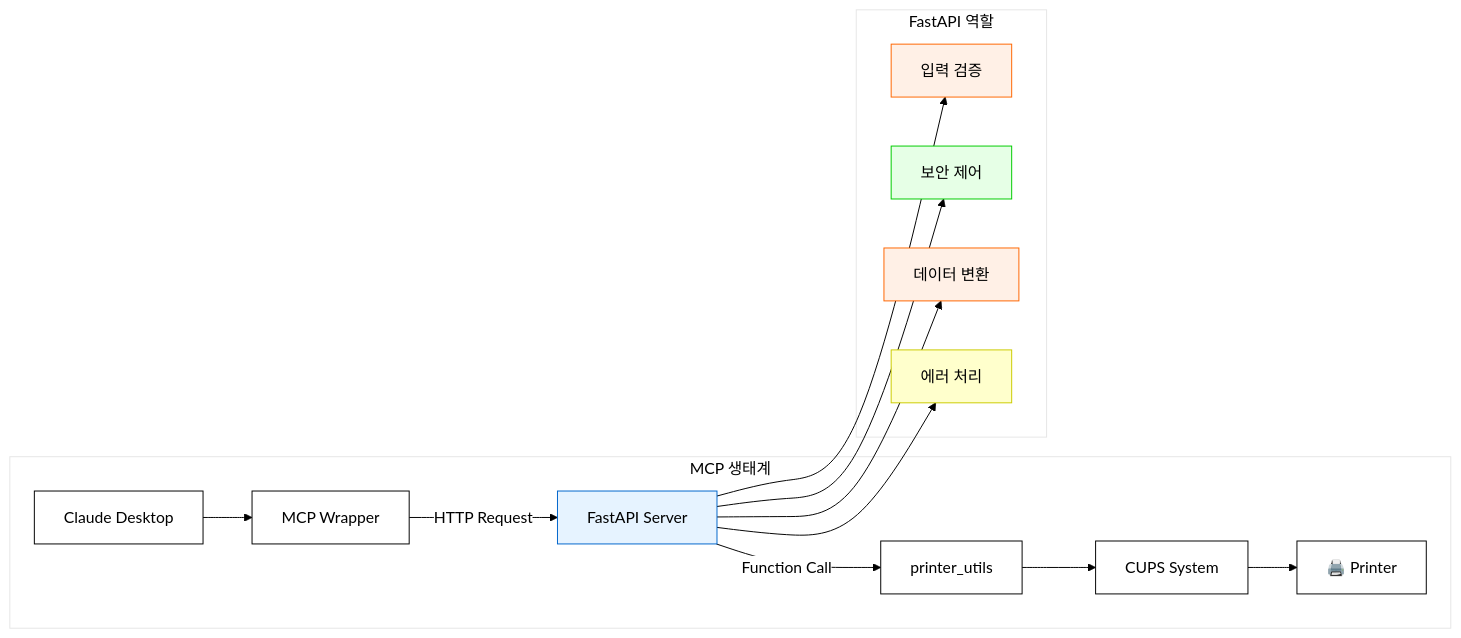
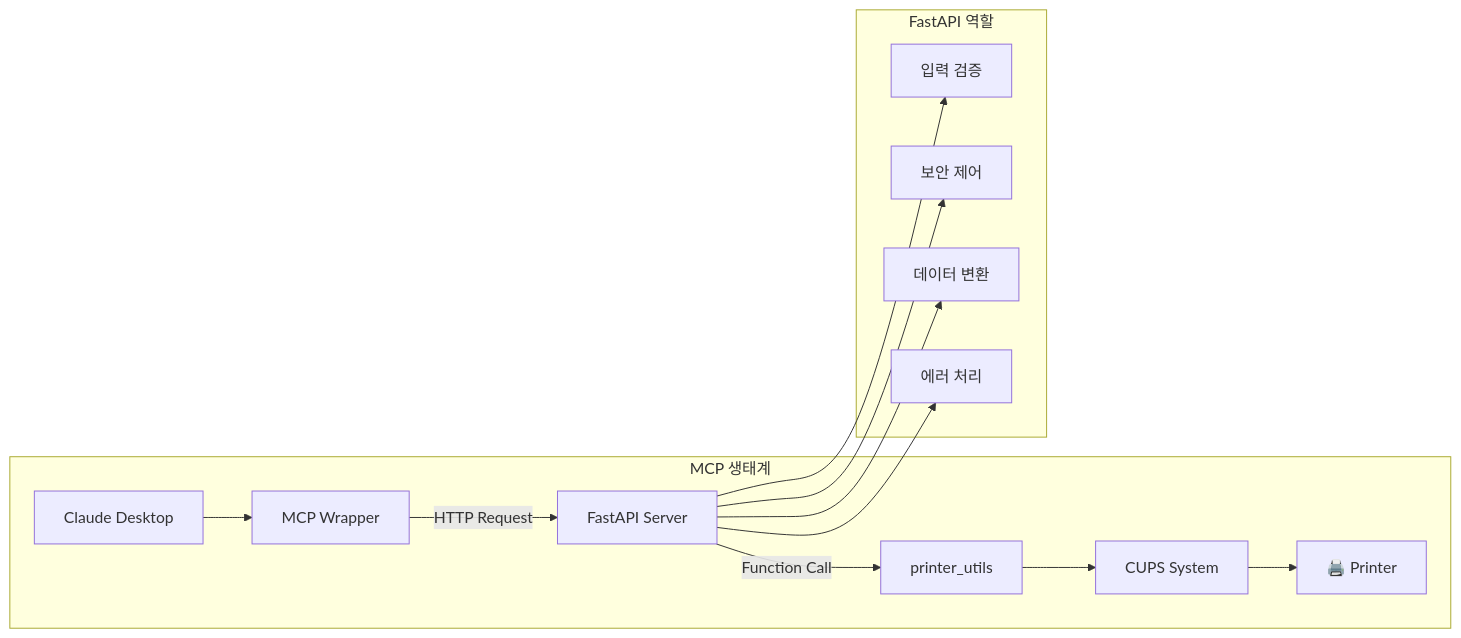
Before and after one commit to nicewook/receipt-printer: the fourth of 4 diagrams in docs/fastapi-server-analysis.md, drawn with Mermaid. The commit also changed other lines of this file and 5 other files, not shown here.

First line of the commit message:
Fix documentation portal Mermaid rendering and clean up markdown files

````diff
--- a/docs/fastapi-server-analysis.md
+++ b/docs/fastapi-server-analysis.md
@@ -626,32 +580,18 @@
 ```mermaid
-%%{init: {
-  'theme': 'base',
-  'themeVariables': {
-    'primaryColor': '#ffffff',
-    'primaryTextColor': '#000000',
-    'primaryBorderColor': '#000000',
-    'lineColor': '#000000'
-  }
-}}%%
 graph LR
     subgraph "MCP 생태계"
         CLAUDE[Claude Desktop] --> MCP[MCP Wrapper]
         MCP --> |HTTP Request| FASTAPI[FastAPI Server]
         FASTAPI --> |Function Call| UTILS[printer_utils]
         UTILS --> CUPS[CUPS System]
         CUPS --> PRINTER[🖨️ Printer]
     end
     
     subgraph "FastAPI 역할"
         FASTAPI --> VALIDATION[입력 검증]
         FASTAPI --> SECURITY[보안 제어]
         FASTAPI --> FORMATTING[데이터 변환]
         FASTAPI --> ERROR[에러 처리]
     end
     
-    style FASTAPI fill:#e6f3ff,stroke:#0066cc,color:#000000
-    style VALIDATION fill:#fff0e6,stroke:#ff6600,color:#000000
-    style SECURITY fill:#e6ffe6,stroke:#00cc00,color:#000000
-    style FORMATTING fill:#fff0e6,stroke:#ff6600,color:#000000
-    style ERROR fill:#ffffcc,stroke:#cccc00,color:#000000
 ```
````
